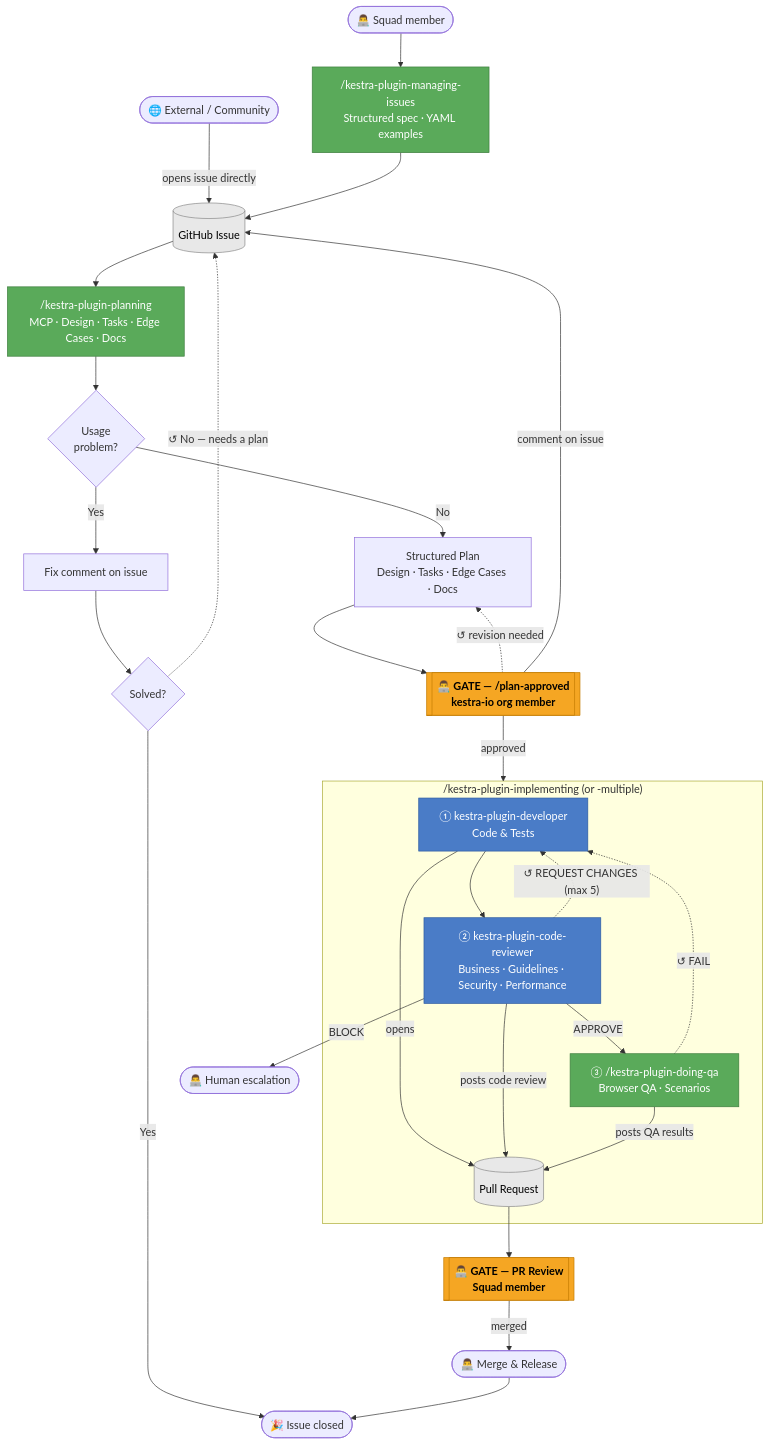
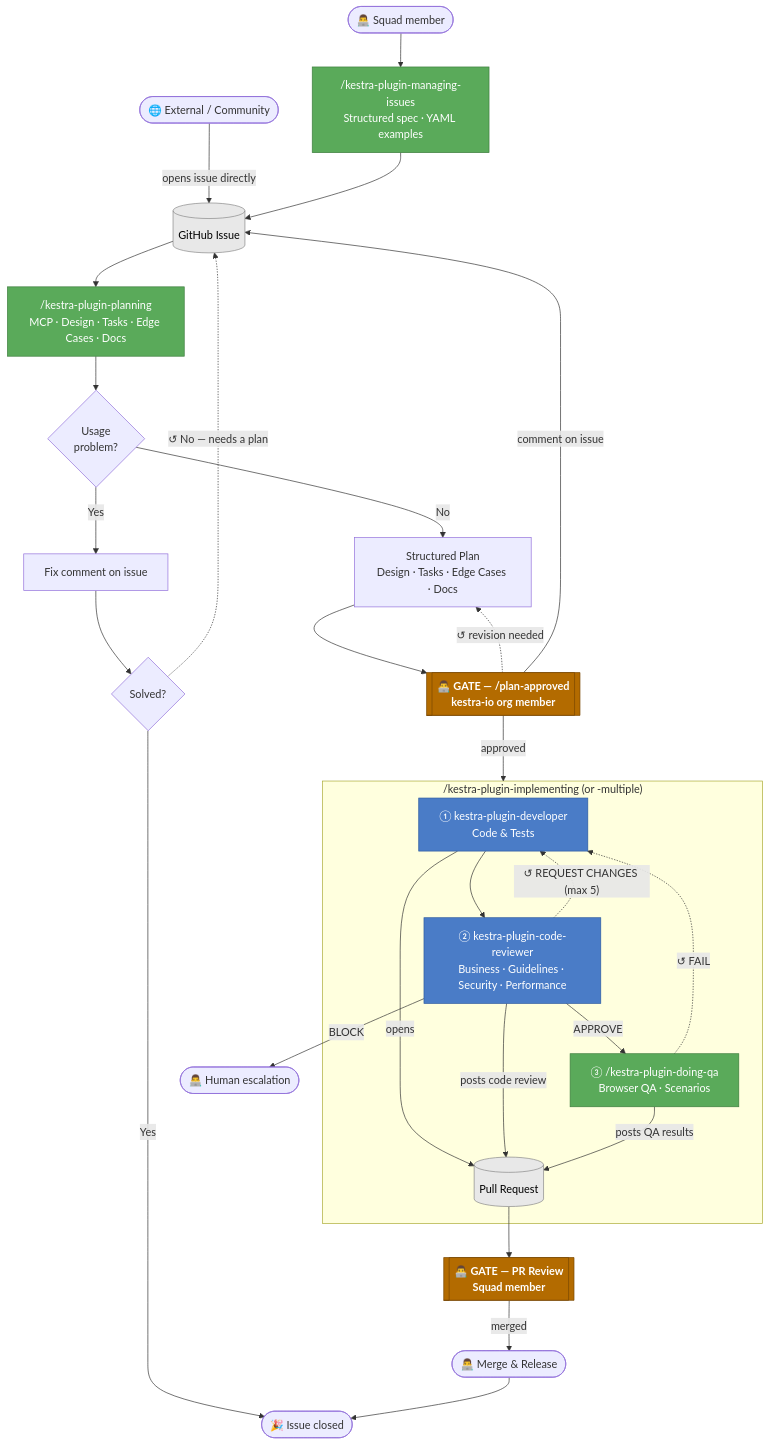
One commit to kestra-io/docs changed the diagram in src/contents/blogs/context-engineering-plugins-squad/index.md. Above: the diagram before and after it, drawn with Mermaid. The commit also changed other lines of this file, not shown here.

Commit message:
docs: fix category and GATE readability in context-engineering blog
- category: Solutions → Engineering
- humanGate fill darkened (#b36b00) so white text readable on yellow

````diff
--- a/src/contents/blogs/context-engineering-plugins-squad/index.md
+++ b/src/contents/blogs/context-engineering-plugins-squad/index.md
@@ -92,46 +92,46 @@
 ```mermaid
 flowchart TD
     EXT(["🌐 External / Community"]) -->|"opens issue directly"| GH
     A(["👨‍💻 Squad member"]) --> B
     B["/kestra-plugin-managing-issues\nStructured spec · YAML examples"] --> GH
     GH[(GitHub Issue)] --> C
     C["/kestra-plugin-planning\nMCP · Design · Tasks · Edge Cases · Docs"] --> D{Usage\nproblem?}
     D -->|Yes| E[Fix comment on issue]
     E --> S{Solved?}
     S -->|Yes| DONE(["🎉 Issue closed"])
     S -.->|"↺ No — needs a plan"| GH
     D -->|No| F["Structured Plan\nDesign · Tasks · Edge Cases · Docs"]
     F --> G[["👨‍💻 GATE — /plan-approved\nkestra-io org member"]]
     G -.->|"↺ revision needed"| F
     G -->|"comment on issue"| GH
     G -->|approved| IMPL
 
     subgraph IMPL["/kestra-plugin-implementing (or -multiple)"]
         I["① kestra-plugin-developer\nCode & Tests"]
         J["② kestra-plugin-code-reviewer\nBusiness · Guidelines · Security · Performance"]
         L["③ /kestra-plugin-doing-qa\nBrowser QA · Scenarios"]
         PR[(Pull Request)]
         I -->|"opens"| PR
         I --> J
         J -.->|"↺ REQUEST CHANGES (max 5)"| I
         J -->|APPROVE| L
         J -->|"posts code review"| PR
         L -.->|"↺ FAIL"| I
         L -->|"posts QA results"| PR
     end
 
     J -->|BLOCK| K(["👨‍💻 Human escalation"])
     PR --> M[["👨‍💻 GATE — PR Review\nSquad member"]]
     M -->|merged| N(["👨‍💻 Merge & Release"])
     N --> DONE
 
-    classDef humanGate fill:#f5a623,stroke:#c47d00,color:#000,font-weight:bold
+    classDef humanGate fill:#b36b00,stroke:#7a4800,color:#fff,font-weight:bold
     classDef agentStep fill:#4a7cc7,stroke:#2c5aa0,color:#fff
     classDef skillStep fill:#5aaa5a,stroke:#3d7d3d,color:#fff
     classDef artifact fill:#e8e8e8,stroke:#888,color:#000
 
     class G,M humanGate
     class I,J agentStep
     class B,C,L skillStep
     class GH,PR artifact
 ```
````
